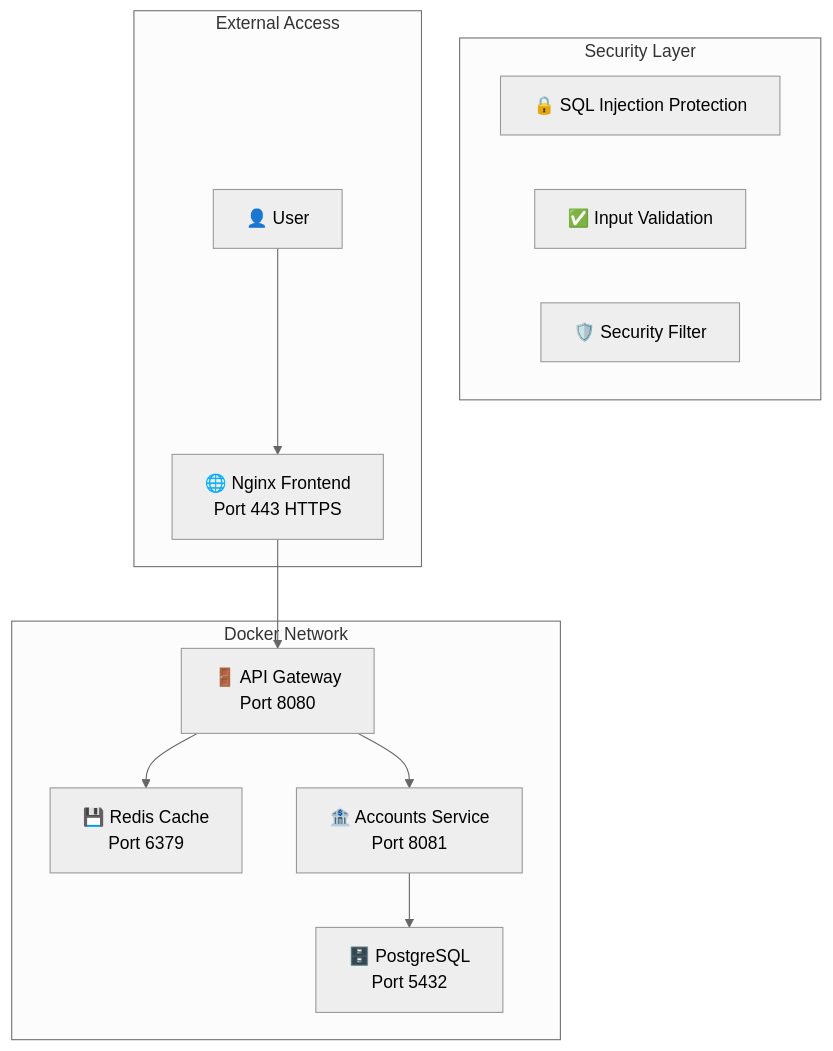
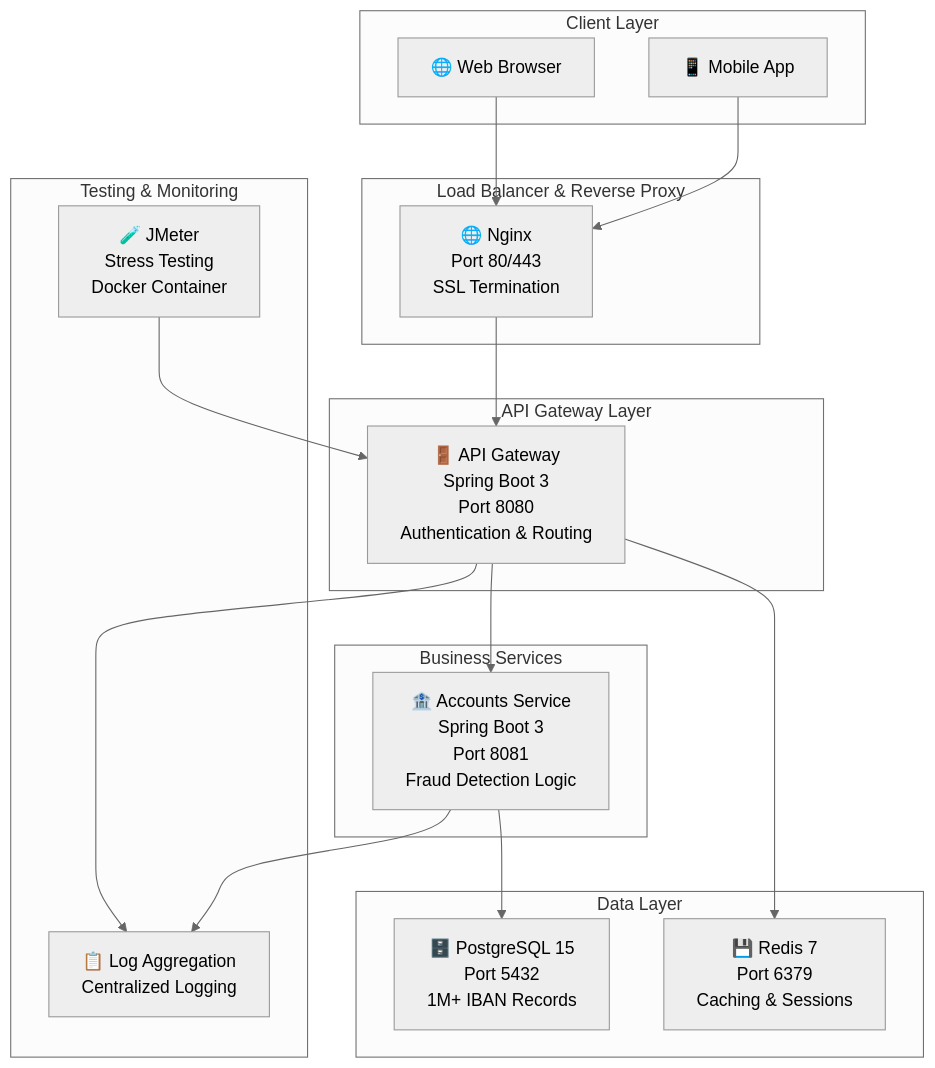
The diagram in README.md (TedoNeObichaJavaScript/Instant-Invoice-Fraud-Shield), drawn with Mermaid (neutral theme) before and after one commit. The commit also changed other lines of this file, not shown here.

````diff
--- a/README.md
+++ b/README.md
@@ -61,26 +78,39 @@
 ```mermaid
 graph TB
-    User[👤 User] --> Nginx[🌐 Nginx Frontend<br/>Port 443 HTTPS]
-    Nginx --> Gateway[🚪 API Gateway<br/>Port 8080]
-    Gateway --> Redis[💾 Redis Cache<br/>Port 6379]
-    Gateway --> Accounts[🏦 Accounts Service<br/>Port 8081]
-    Accounts --> Postgres[🗄️ PostgreSQL<br/>Port 5432]
-    
-    subgraph "Security Layer"
-        SQLProtection[🔒 SQL Injection Protection]
-        InputValidation[✅ Input Validation]
-        SecurityFilter[🛡️ Security Filter]
+    subgraph "Client Layer"
+        Browser[🌐 Web Browser]
+        Mobile[📱 Mobile App]
     end
     
-    subgraph "Docker Network"
-        Gateway
-        Redis
-        Accounts
-        Postgres
+    subgraph "Load Balancer & Reverse Proxy"
+        Nginx[🌐 Nginx<br/>Port 80/443<br/>SSL Termination]
     end
     
-    subgraph "External Access"
-        User
-        Nginx
+    subgraph "API Gateway Layer"
+        Gateway[🚪 API Gateway<br/>Spring Boot 3<br/>Port 8080<br/>Authentication & Routing]
     end
+    
+    subgraph "Business Services"
+        Accounts[🏦 Accounts Service<br/>Spring Boot 3<br/>Port 8081<br/>Fraud Detection Logic]
+    end
+    
+    subgraph "Data Layer"
+        Postgres[🗄️ PostgreSQL 15<br/>Port 5432<br/>1M+ IBAN Records]
+        Redis[💾 Redis 7<br/>Port 6379<br/>Caching & Sessions]
+    end
+    
+    subgraph "Testing & Monitoring"
+        JMeter[🧪 JMeter<br/>Stress Testing<br/>Docker Container]
+        Logs[📋 Log Aggregation<br/>Centralized Logging]
+    end
+    
+    Browser --> Nginx
+    Mobile --> Nginx
+    Nginx --> Gateway
+    Gateway --> Accounts
+    Gateway --> Redis
+    Accounts --> Postgres
+    JMeter --> Gateway
+    Gateway --> Logs
+    Accounts --> Logs
 ```
````
